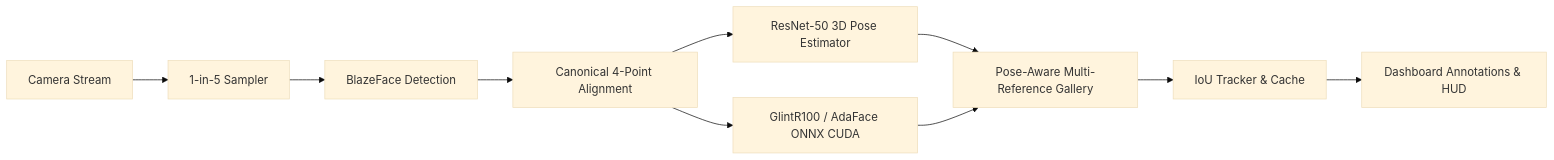
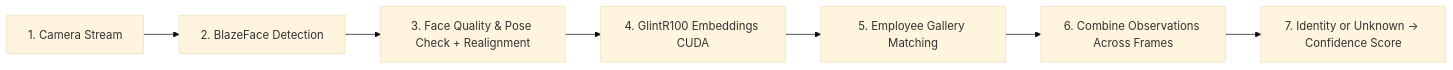
One commit to MakoShar/Face-recognition-main changed the diagram in README.md. Above: the diagram before and after it, drawn with Mermaid (base theme). The commit also changed 10 other files, not shown here.

````diff
--- a/README.md
+++ b/README.md
@@ -18,12 +18,9 @@
 ```mermaid
 graph LR
-    Cam[Camera Stream] --> Sampler[1-in-5 Sampler]
-    Sampler --> Det[BlazeFace Detection]
-    Det --> Align[Canonical 4-Point Alignment]
-    Align --> Pose[ResNet-50 3D Pose Estimator]
-    Align --> Embed[GlintR100 / AdaFace ONNX CUDA]
-    Pose --> Match[Pose-Aware Multi-Reference Gallery]
-    Embed --> Match
-    Match --> Track[IoU Tracker & Cache]
-    Track --> HUD[Dashboard Annotations & HUD]
+    Cam[1. Camera Stream] --> Det[2. BlazeFace Detection]
+    Det --> Gate[3. Face Quality & Pose Check + Realignment]
+    Gate --> Embed[4. GlintR100 Embeddings CUDA]
+    Embed --> Match[5. Employee Gallery Matching]
+    Match --> Fusion[6. Combine Observations Across Frames]
+    Fusion --> Decision[7. Identity or Unknown -> Confidence Score]
 ```
````
